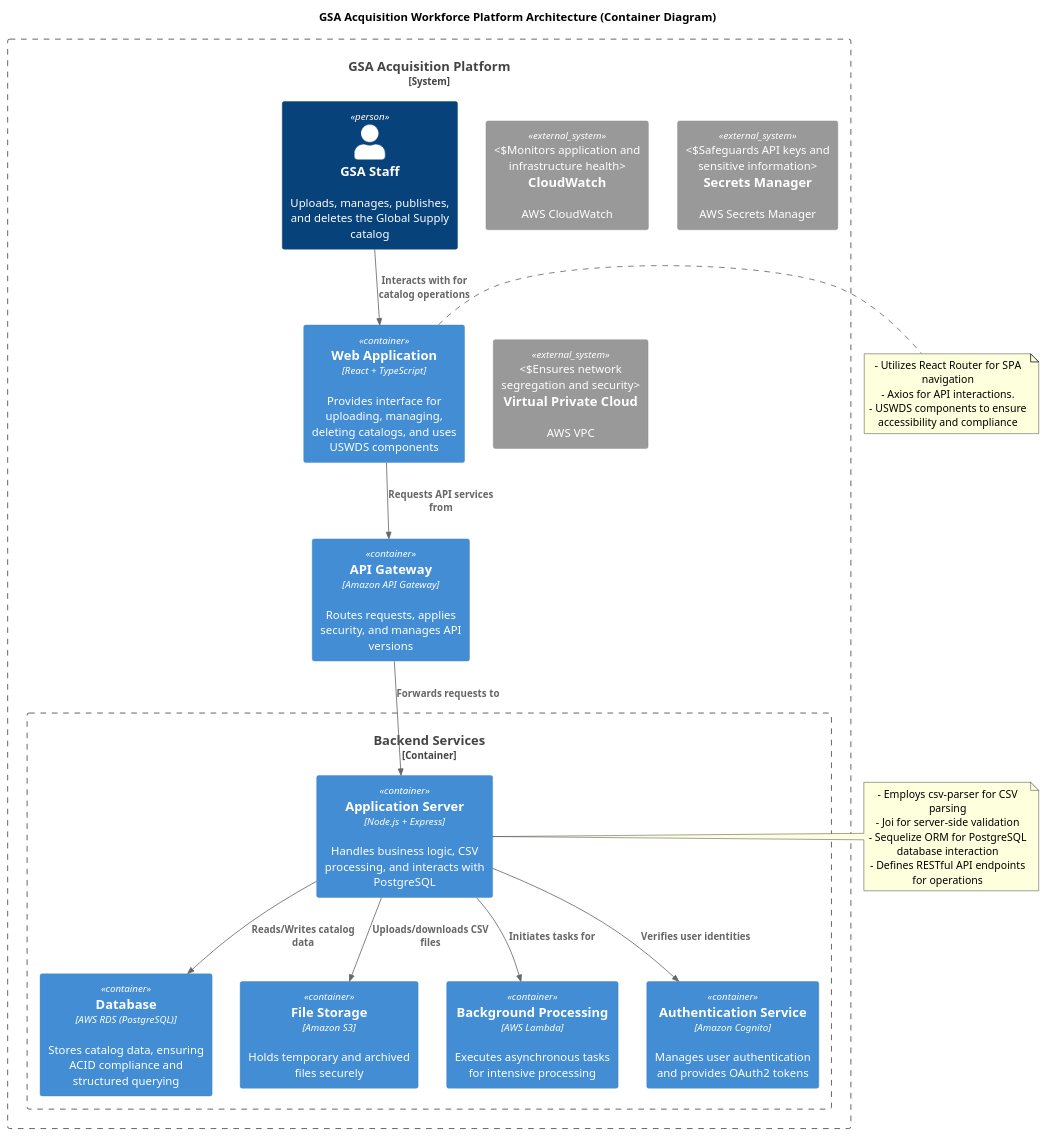
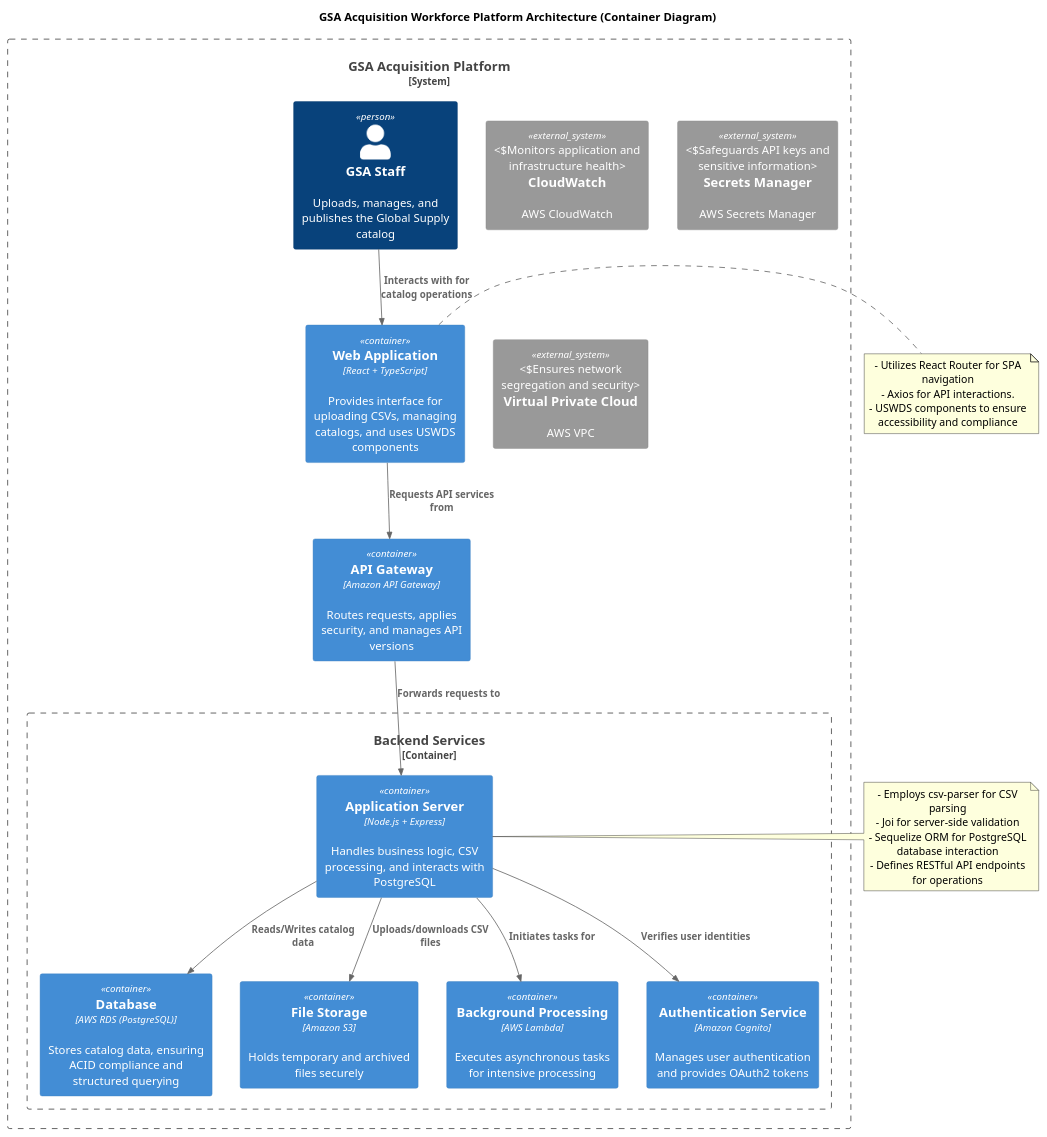
The diagram in solution.md (AathreyaG/reactai-starter), drawn with PlantUML before and after one commit. The commit also changed other lines of this file, not shown here.

````diff
--- a/solution.md
+++ b/solution.md
@@ -7,55 +73,57 @@
+```plantuml
 @startuml
 !includeurl https://raw.githubusercontent.com/plantuml-stdlib/C4-PlantUML/master/C4_Container.puml
 
 title GSA Acquisition Workforce Platform Architecture (Container Diagram)
 
 System_Boundary(SD_Boundary, "GSA Acquisition Platform") {
     
     ' Users
-    Person(user, "GSA Staff", "Uploads, manages, publishes, and deletes the Global Supply catalog")
+    Person(user, "GSA Staff", "Uploads, manages, and publishes the Global Supply catalog")
 
     ' Frontend
-    Container(webApp, "Web Application", "React + TypeScript", "Provides interface for uploading, managing, deleting catalogs, and uses USWDS components")
+    Container(webApp, "Web Application", "React + TypeScript", "Provides interface for uploading CSVs, managing catalogs, and uses USWDS components")
 
     ' API Gateway
     Container(apiGateway, "API Gateway", "Amazon API Gateway", "Routes requests, applies security, and manages API versions")
 
     ' Core Backend Services
     Container_Boundary(Backend, "Backend Services") {
         Container(appServer, "Application Server", "Node.js + Express", "Handles business logic, CSV processing, and interacts with PostgreSQL")
         Container(database, "Database", "AWS RDS (PostgreSQL)", "Stores catalog data, ensuring ACID compliance and structured querying")
         Container(fileStorage, "File Storage", "Amazon S3", "Holds temporary and archived files securely")
         Container(backgroundProcessing, "Background Processing", "AWS Lambda", "Executes asynchronous tasks for intensive processing")
         Container(authService, "Authentication Service", "Amazon Cognito", "Manages user authentication and provides OAuth2 tokens")
     }
 
     ' Monitoring and Security Services
     System_Ext(cloudwatch, "CloudWatch", "AWS CloudWatch", "Monitors application and infrastructure health")
     System_Ext(secretsManager, "Secrets Manager", "AWS Secrets Manager", "Safeguards API keys and sensitive information")
     System_Ext(vpc, "Virtual Private Cloud", "AWS VPC", "Ensures network segregation and security")
     
     ' Relationships and Flows
     Rel(user, webApp, "Interacts with for catalog operations")
     Rel(webApp, apiGateway, "Requests API services from")
     Rel(apiGateway, appServer, "Forwards requests to")
     Rel(appServer, database, "Reads/Writes catalog data")
     Rel(appServer, fileStorage, "Uploads/downloads CSV files")
     Rel(appServer, backgroundProcessing, "Initiates tasks for")
     Rel(appServer, authService, "Verifies user identities")
 }
 
 ' Notes for additional context
 note right of webApp
 - Utilizes React Router for SPA navigation
 - Axios for API interactions.
 - USWDS components to ensure accessibility and compliance
 end note
 
 note right of appServer
 - Employs csv-parser for CSV parsing
 - Joi for server-side validation
 - Sequelize ORM for PostgreSQL database interaction
 - Defines RESTful API endpoints for operations
 end note
 
 @enduml
+```
````
